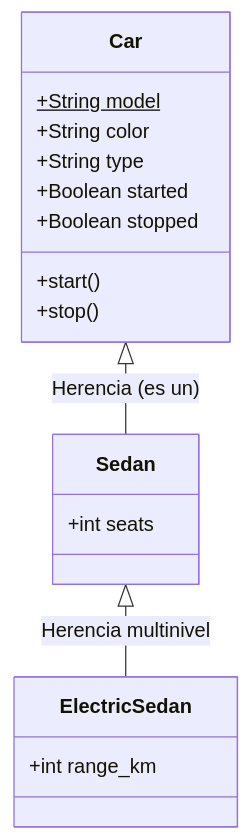
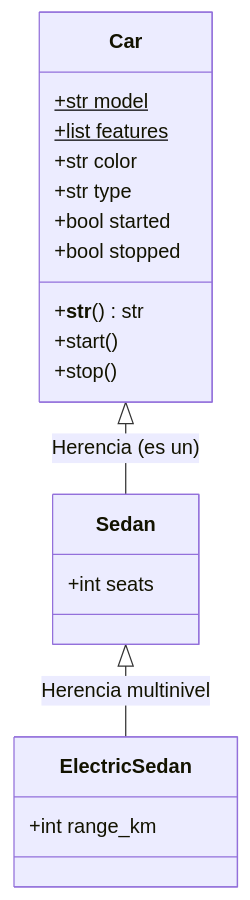
Before and after one commit to alexyshr/ProgramacionSIG2026: the second of 24 diagrams in 22-pyQGIS_part1.qmd, drawn with Mermaid. The commit also changed other lines of this file and 6 other files, not shown here.

````diff
--- a/22-pyQGIS_part1.qmd
+++ b/22-pyQGIS_part1.qmd
@@ -273,24 +297,26 @@
 ```{mermaid}
 %%| fig-align: center
-%%| out-width: 30%
+%%| out-width: 45%
 
 classDiagram
     class Car {
-        +String model$
-        +String color
-        +String type
-        +Boolean started
-        +Boolean stopped
+        +str model$
+        +list features$
+        +str color
+        +str type
+        +bool started
+        +bool stopped
+        +__str__() str
         +start()
         +stop()
     }
     class Sedan {
         +int seats
     }
     class ElectricSedan {
         +int range_km
     }
 
     Car <|-- Sedan : Herencia (es un)
     Sedan <|-- ElectricSedan : Herencia multinivel
 ```
````
